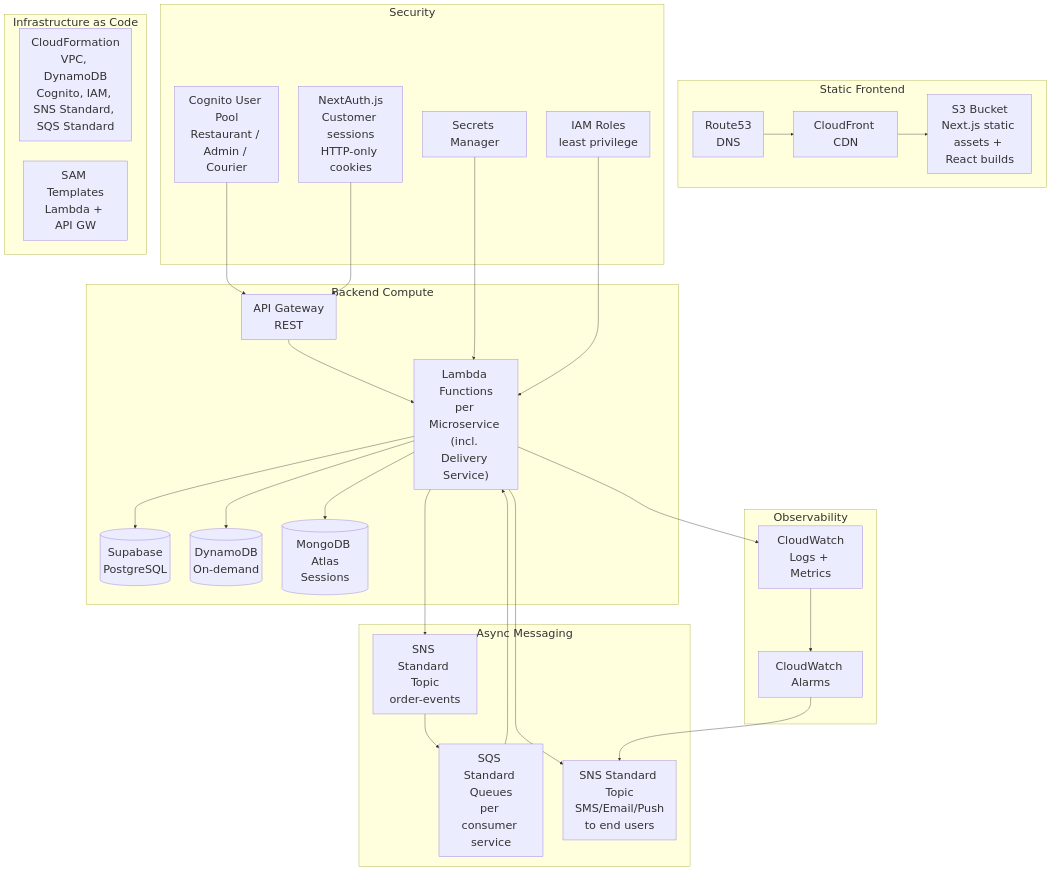
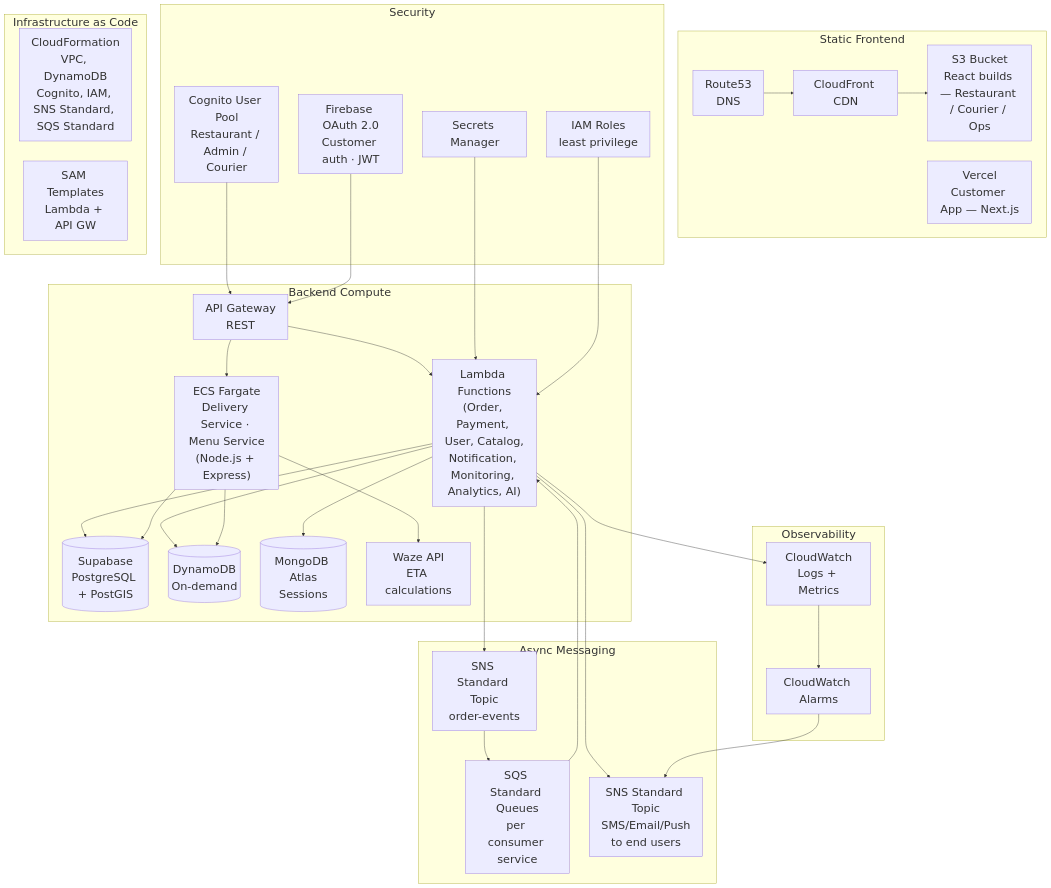
The fifth of 10 diagrams in ARCHITECTURE.md (food-delivery-platform/docs), drawn with Mermaid before and after one commit. The commit also changed other lines of this file and 2 other files, not shown here.

Commit message:
delivery logic changet to store all courier positions at SQL (10 mins update)

````diff
--- a/ARCHITECTURE.md
+++ b/ARCHITECTURE.md
@@ -575,45 +602,50 @@
 ```mermaid
 ---
 config:
   theme: default
   themeVariables:
     fontSize: "28px"
 ---
 graph TB
     subgraph CDN["Static Frontend"]
         R53[Route53\nDNS] --> CF2[CloudFront CDN]
-        CF2 --> S3F[S3 Bucket\nNext.js static assets + React builds]
+        CF2 --> S3F[S3 Bucket\nReact builds — Restaurant / Courier / Ops]
+        VERCEL[Vercel\nCustomer App — Next.js]
     end
 
     subgraph Compute["Backend Compute"]
-        AG2[API Gateway\nREST] --> LMB["Lambda Functions\nper Microservice (incl. Delivery Service)"]
-        LMB --> SBD[(Supabase\nPostgreSQL)]
+        AG2[API Gateway\nREST] --> LMB["Lambda Functions\n(Order, Payment, User, Catalog,\nNotification, Monitoring, Analytics, AI)"]
+        AG2 --> ECS["ECS Fargate\nDelivery Service · Menu Service\n(Node.js + Express)"]
+        LMB --> SBD[(Supabase\nPostgreSQL + PostGIS)]
+        ECS --> SBD
         LMB --> DYN[(DynamoDB\nOn-demand)]
+        ECS --> DYN
         LMB --> MDB2[(MongoDB Atlas\nSessions)]
+        ECS --> WAZE[Waze API\nETA calculations]
     end
 
     subgraph Messaging2["Async Messaging"]
         LMB --> SNSSTD[SNS Standard Topic\norder-events]
         SNSSTD --> SQSSTD[SQS Standard Queues\nper consumer service]
         SQSSTD --> LMB
         LMB --> SNSN[SNS Standard Topic\nSMS/Email/Push\nto end users]
     end
 
     subgraph Security2["Security"]
         COG2[Cognito User Pool\nRestaurant / Admin / Courier] --> AG2
-        NAUTH2[NextAuth.js\nCustomer sessions\nHTTP-only cookies] --> AG2
+        FB2[Firebase OAuth 2.0\nCustomer auth · JWT] --> AG2
         SMG[Secrets Manager] --> LMB
         IAM[IAM Roles\nleast privilege] --> LMB
     end
 
     subgraph Observability["Observability"]
         LMB --> CWL[CloudWatch\nLogs + Metrics]
         CWL --> CWA[CloudWatch Alarms]
         CWA --> SNSN
     end
 
     subgraph IaC["Infrastructure as Code"]
         CFN[CloudFormation\nVPC, DynamoDB\nCognito, IAM, SNS Standard, SQS Standard]
         SAM[SAM Templates\nLambda + API GW]
     end
 ```
````
